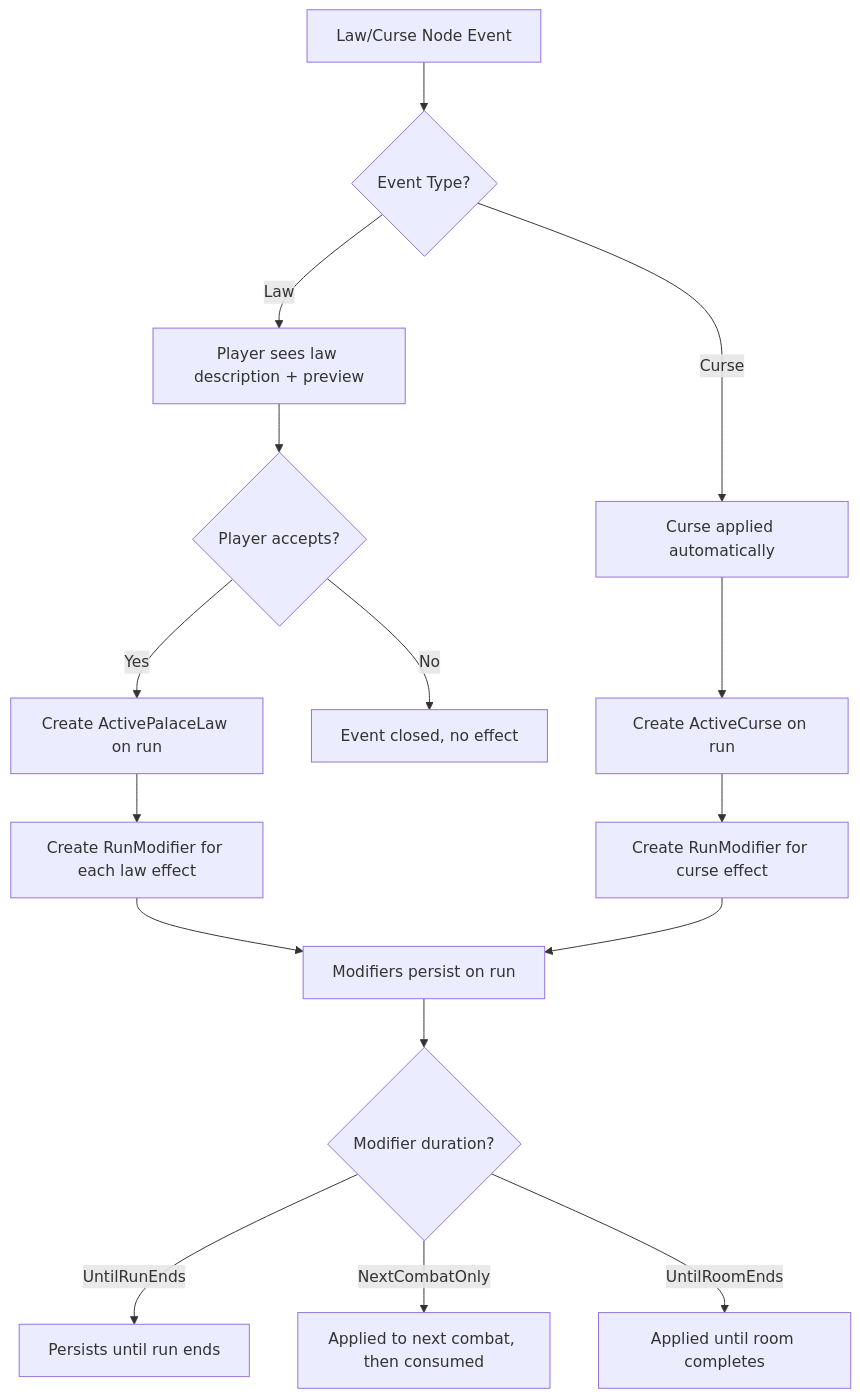
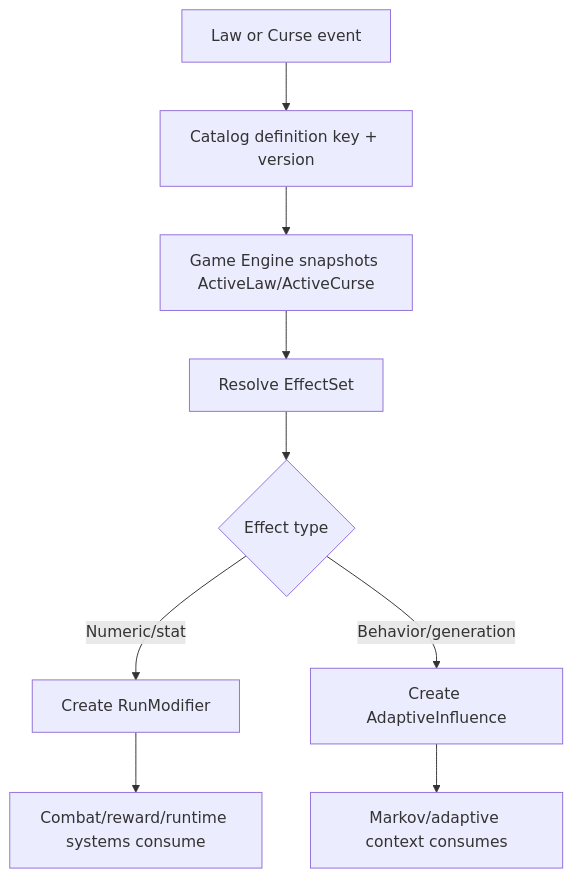
Before and after one commit to ThomasZadikian/lepopee-des-silences: the second of 2 diagrams in docs/data-model/07-reward-item-law-curse-model.md, drawn with Mermaid. The commit also changed other lines of this file and 12 other files, not shown here.

````diff
--- a/docs/data-model/07-reward-item-law-curse-model.md
+++ b/docs/data-model/07-reward-item-law-curse-model.md
@@ -77,18 +86,11 @@
 ```mermaid
 flowchart TD
-    A[Law/Curse Node Event] --> B{Event Type?}
-    B -->|Law| C[Player sees law description + preview]
-    C --> D{Player accepts?}
-    D -->|Yes| E[Create ActivePalaceLaw on run]
-    D -->|No| F[Event closed, no effect]
-    E --> G[Create RunModifier for each law effect]
-    B -->|Curse| H[Curse applied automatically]
-    H --> I[Create ActiveCurse on run]
-    I --> J[Create RunModifier for curse effect]
-    G --> K[Modifiers persist on run]
-    J --> K
-    K --> L{Modifier duration?}
-    L -->|UntilRunEnds| M[Persists until run ends]
-    L -->|NextCombatOnly| N[Applied to next combat, then consumed]
-    L -->|UntilRoomEnds| O[Applied until room completes]
+    A[Law or Curse event] --> B[Catalog definition key + version]
+    B --> C[Game Engine snapshots ActiveLaw/ActiveCurse]
+    C --> D[Resolve EffectSet]
+    D --> E{Effect type}
+    E -->|Numeric/stat| F[Create RunModifier]
+    E -->|Behavior/generation| G[Create AdaptiveInfluence]
+    F --> H[Combat/reward/runtime systems consume]
+    G --> I[Markov/adaptive context consumes]
 ```
````
